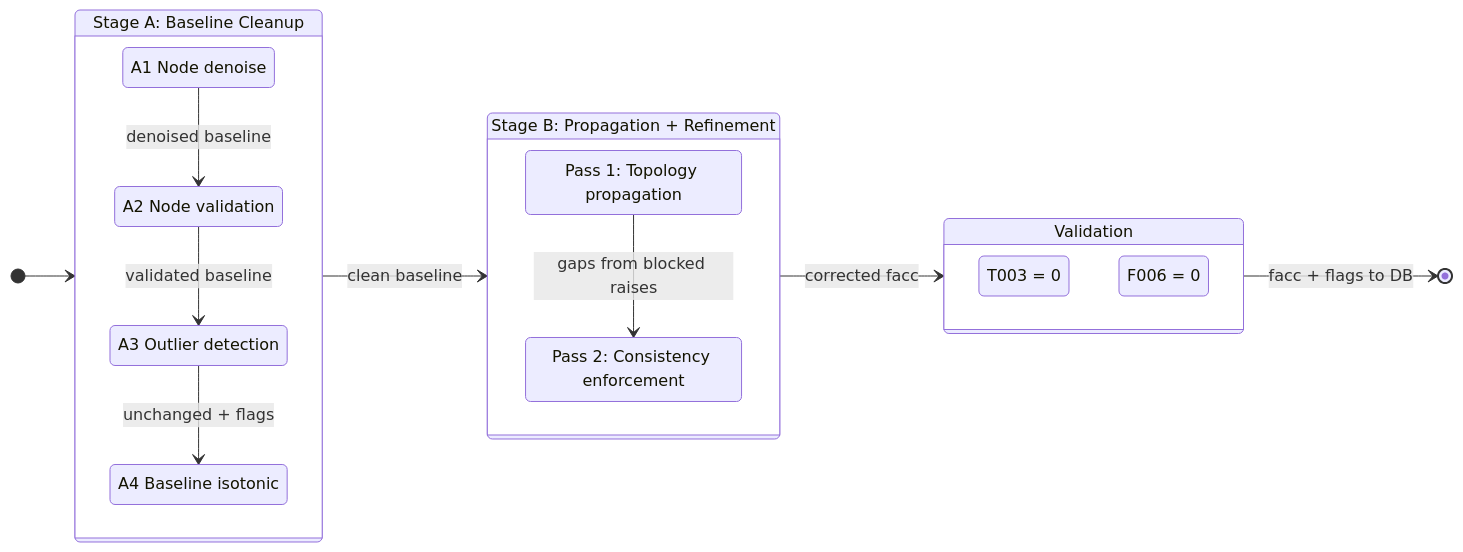
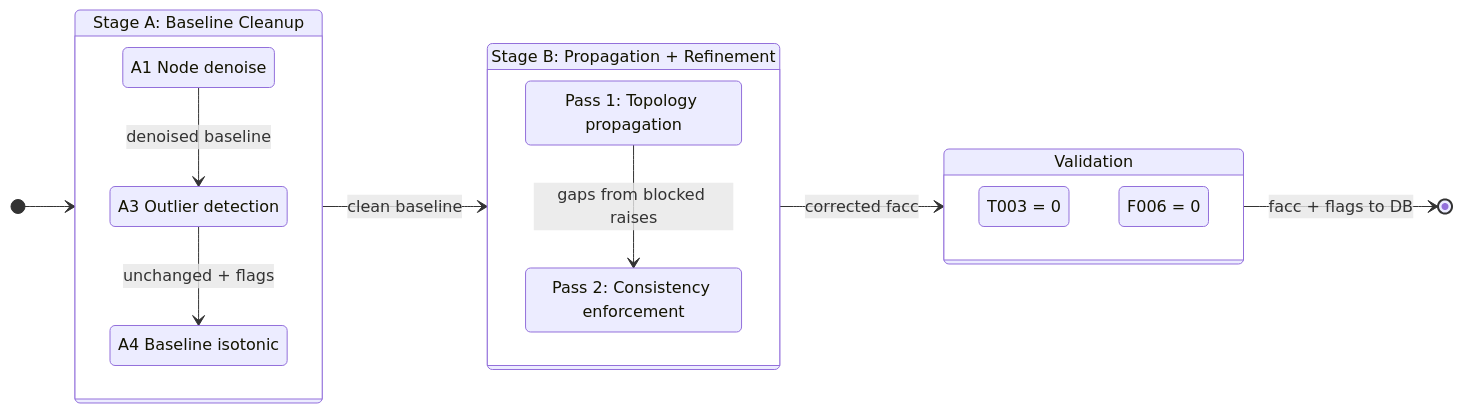
One commit to ealtenau/SWORD changed the diagram in docs/facc_correction_methodology.md. Above: the diagram before and after it, drawn with Mermaid. The commit also changed other lines of this file and 1 other file, not shown here.

````diff
--- a/docs/facc_correction_methodology.md
+++ b/docs/facc_correction_methodology.md
@@ -103,33 +103,31 @@
 ```mermaid
 stateDiagram-v2
     direction LR
 
     [*] --> StageA
 
     state "Stage A: Baseline Cleanup" as StageA {
         state "A1 Node denoise" as A1
-        state "A2 Node validation" as A2
         state "A3 Outlier detection" as A3
         state "A4 Baseline isotonic" as A4
 
-        A1 --> A2 : denoised baseline
-        A2 --> A3 : validated baseline
+        A1 --> A3 : denoised baseline
         A3 --> A4 : unchanged + flags
     }
 
     state "Stage B: Propagation + Refinement" as StageB {
         state "Pass 1: Topology propagation" as P1
         state "Pass 2: Consistency enforcement" as P2
 
         P1 --> P2 : gaps from blocked raises
     }
 
     state "Validation" as Validation {
         state "T003 = 0" as T003check
         state "F006 = 0" as F006check
     }
 
     StageA --> StageB : clean baseline
     StageB --> Validation : corrected facc
     Validation --> [*] : facc + flags to DB
 ```
````
